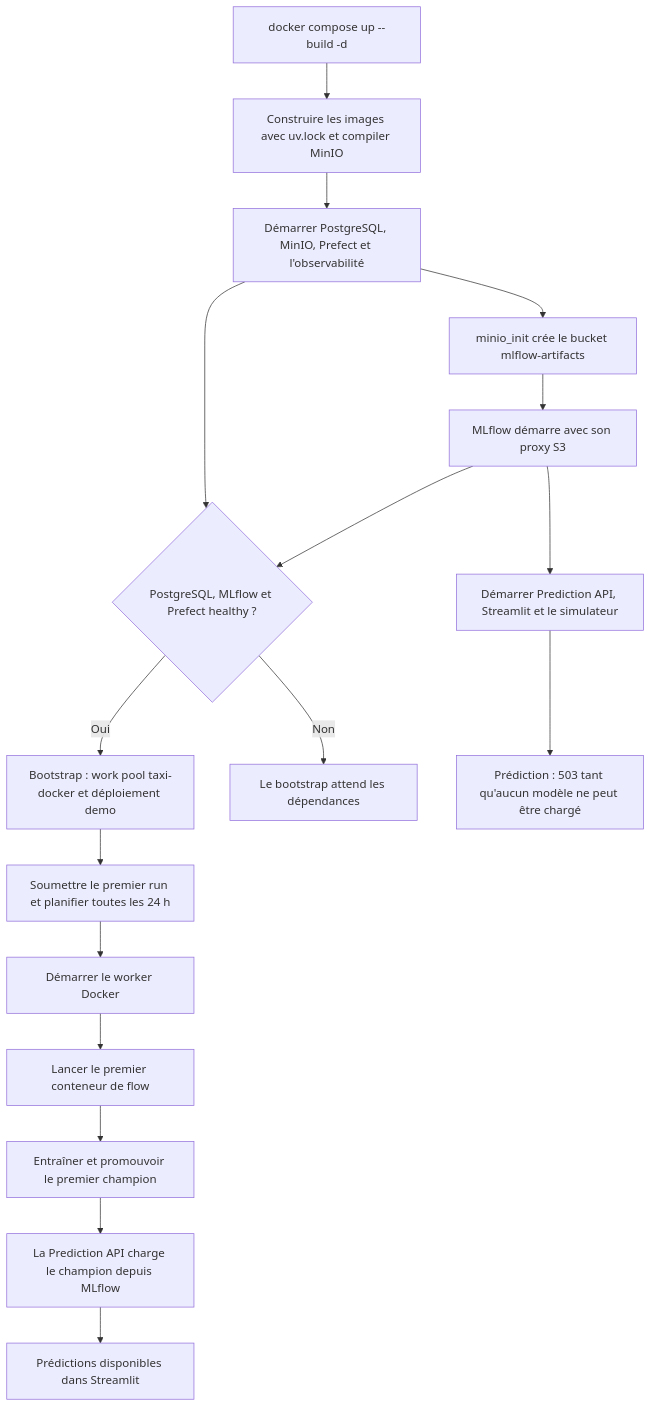
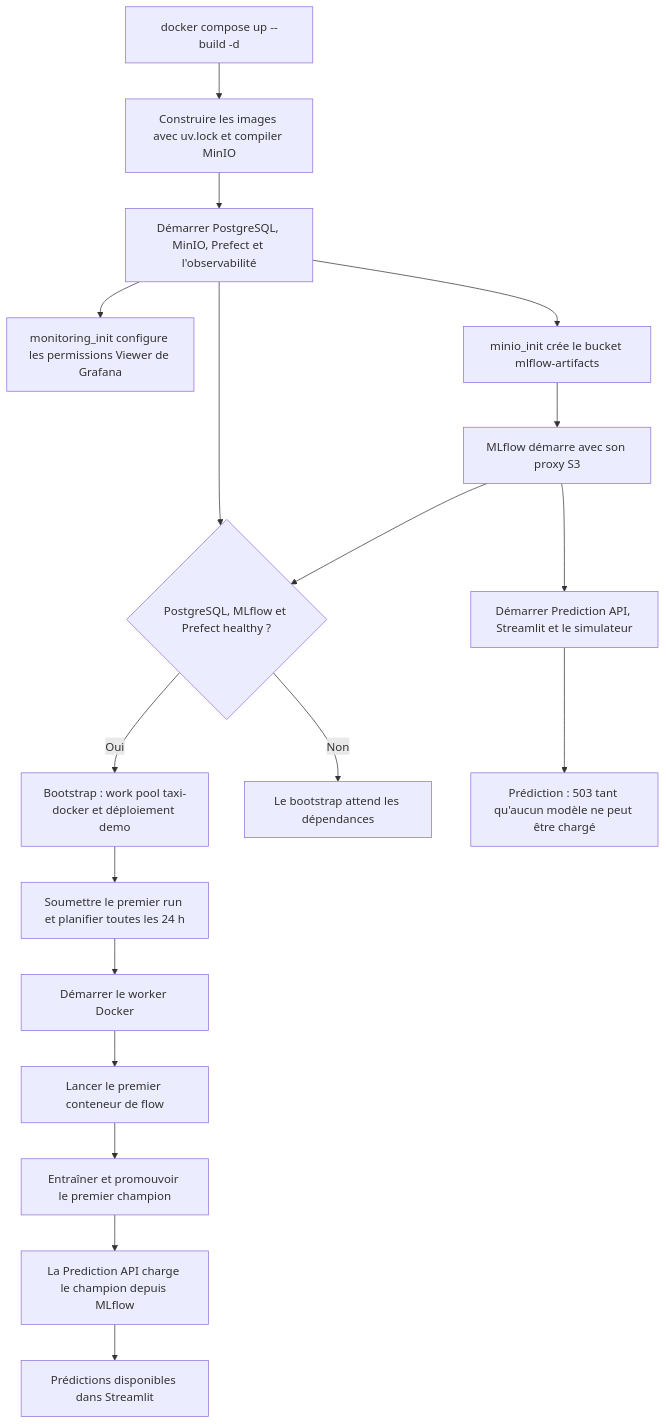
One commit to ssime-git/mc_4_monitoring_observability_nyc_taxi changed the second of 8 diagrams in README.md. Above: the diagram before and after it, drawn with Mermaid. The commit also changed other lines of this file and 9 other files, not shown here.

Commit message:
Fix Grafana viewer access, dashboard queries and log collection

````diff
--- a/README.md
+++ b/README.md
@@ -118,19 +119,20 @@
 ```mermaid
 flowchart TB
     Start["docker compose up --build -d"] --> Build[Construire les images avec uv.lock et compiler MinIO]
     Build --> Infra["Démarrer PostgreSQL, MinIO, Prefect et l'observabilité"]
+    Infra --> Permissions["monitoring_init configure les permissions Viewer de Grafana"]
     Infra --> Bucket["minio_init crée le bucket mlflow-artifacts"]
     Bucket --> ML[MLflow démarre avec son proxy S3]
     ML --> Ready{"PostgreSQL, MLflow et Prefect healthy ?"}
     Infra --> Ready
     Ready -->|Oui| Bootstrap["Bootstrap : work pool taxi-docker et déploiement demo"]
     Ready -->|Non| Wait[Le bootstrap attend les dépendances]
     Bootstrap --> Submit[Soumettre le premier run et planifier toutes les 24 h]
     Submit --> Worker[Démarrer le worker Docker]
     Worker --> Run[Lancer le premier conteneur de flow]
     ML --> Serving["Démarrer Prediction API, Streamlit et le simulateur"]
     Serving --> NoModel["Prédiction : 503 tant qu'aucun modèle ne peut être chargé"]
     Run --> Champion[Entraîner et promouvoir le premier champion]
     Champion --> Load[La Prediction API charge le champion depuis MLflow]
     Load --> Available[Prédictions disponibles dans Streamlit]
 ```
````
